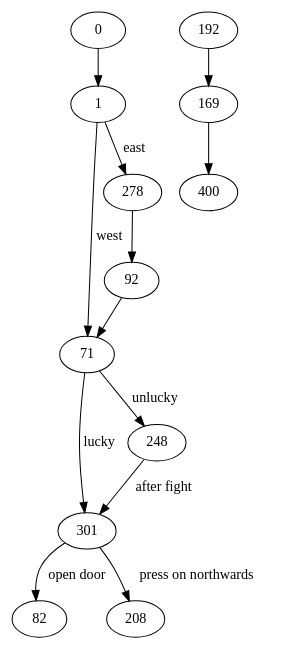
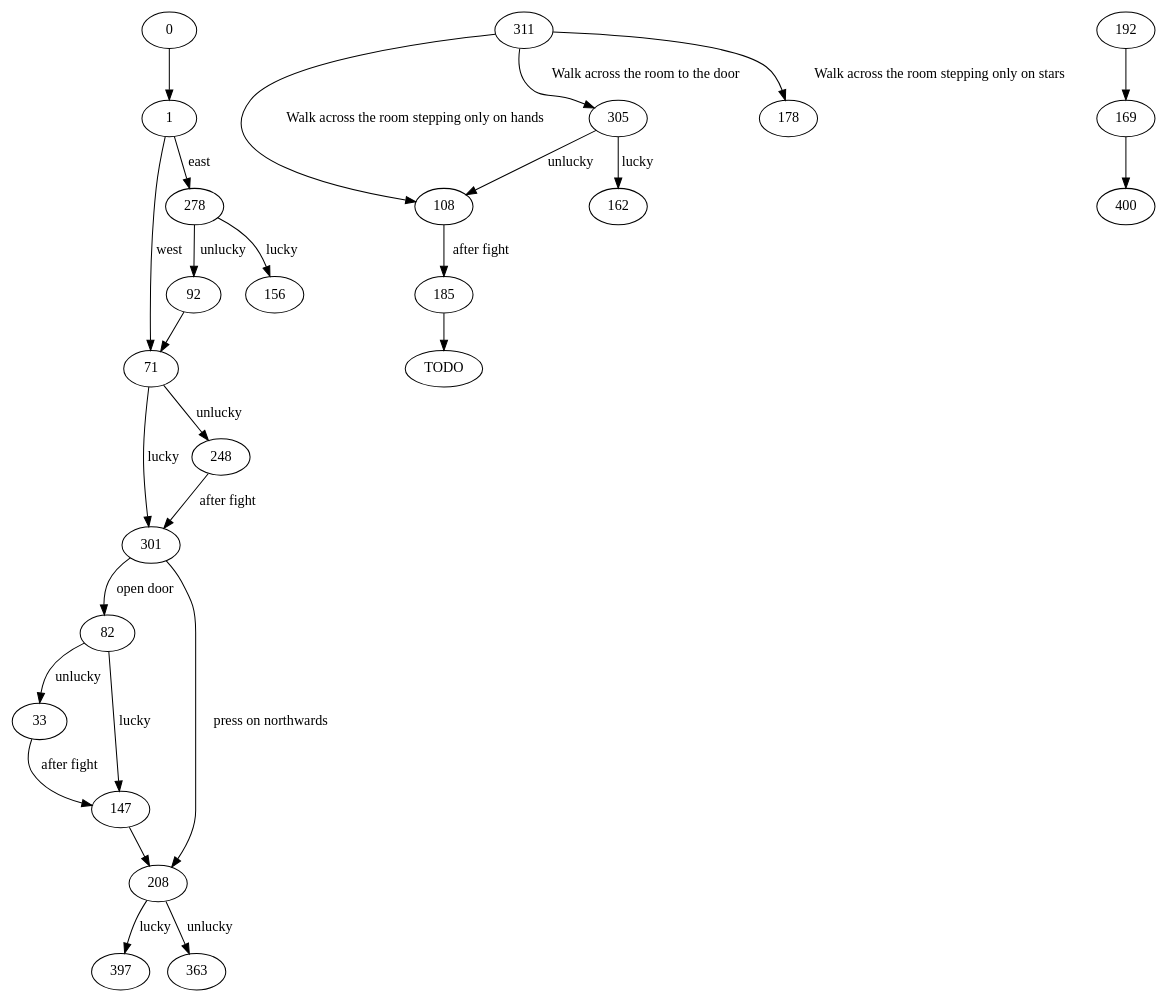
Before and after one commit to JosePedroDias/non-linear: the diagram in original/adventure.dot, drawn with Graphviz. The commit also changed 1 other file, not shown here.

```diff
--- a/original/adventure.dot
+++ b/original/adventure.dot
@@ -1,23 +1,45 @@
 /* https://dagrejs.github.io/project/dagre-d3/latest/demo/interactive-demo.html */
 digraph {
   0 -> 1
 
   1 -> 71 [label="west"]
   1 -> 278 [label="east"]
 
+  33 -> 147 [label="after fight"]
+
   71 -> 301 [label="lucky"]
   71 -> 248 [label="unlucky"]
 
+  82 -> 147 [label="lucky"]
+  82 -> 33 [label="unlucky"]
+
   92 -> 71
+
+  108 -> 185 [label="after fight"]
+
+  147 -> 208
+
+  169 -> 400
+
+  185 -> TODO
+
+  192 -> 169
+
+  208 -> 397 [label="lucky"]
+  208 -> 363 [label="unlucky"]
 
   248 -> 301 [label="after fight"]
 
-  278 -> 92
-
-  169 -> 400
-
-  192 -> 169
+  278 -> 156 [label="lucky"]
+  278 -> 92 [label="unlucky"]
 
   301 -> 82 [label="open door"]
   301 -> 208 [label="press on northwards"]
+
+  305 -> 162 [label="lucky"]
+  305 -> 108 [label="unlucky"]
+
+  311 -> 305 [label="Walk across the room to the door"]
+  311 -> 178 [label="Walk across the room stepping only on stars"]
+  311 -> 108 [label="Walk across the room stepping only on hands"]
 }
```
